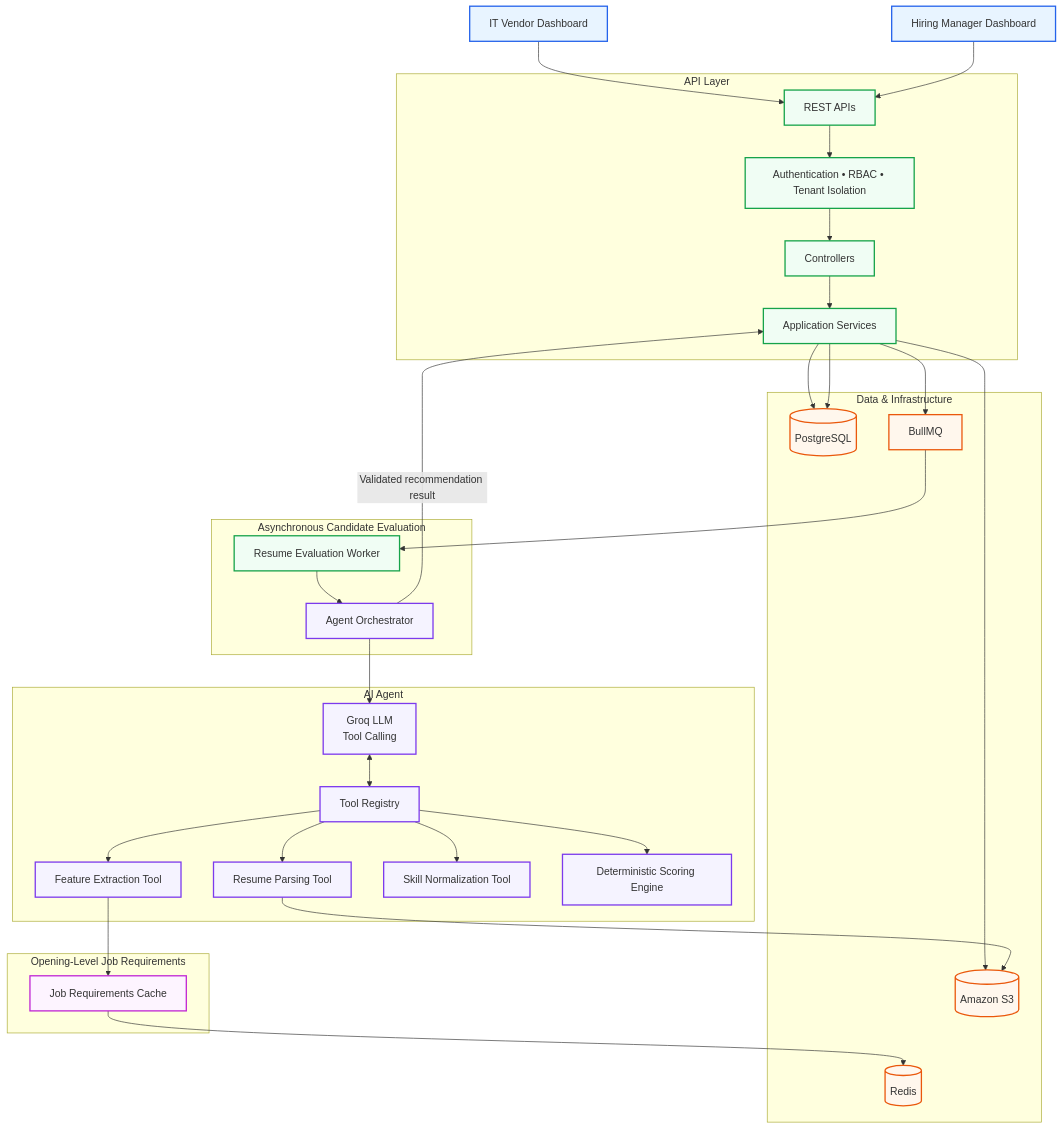
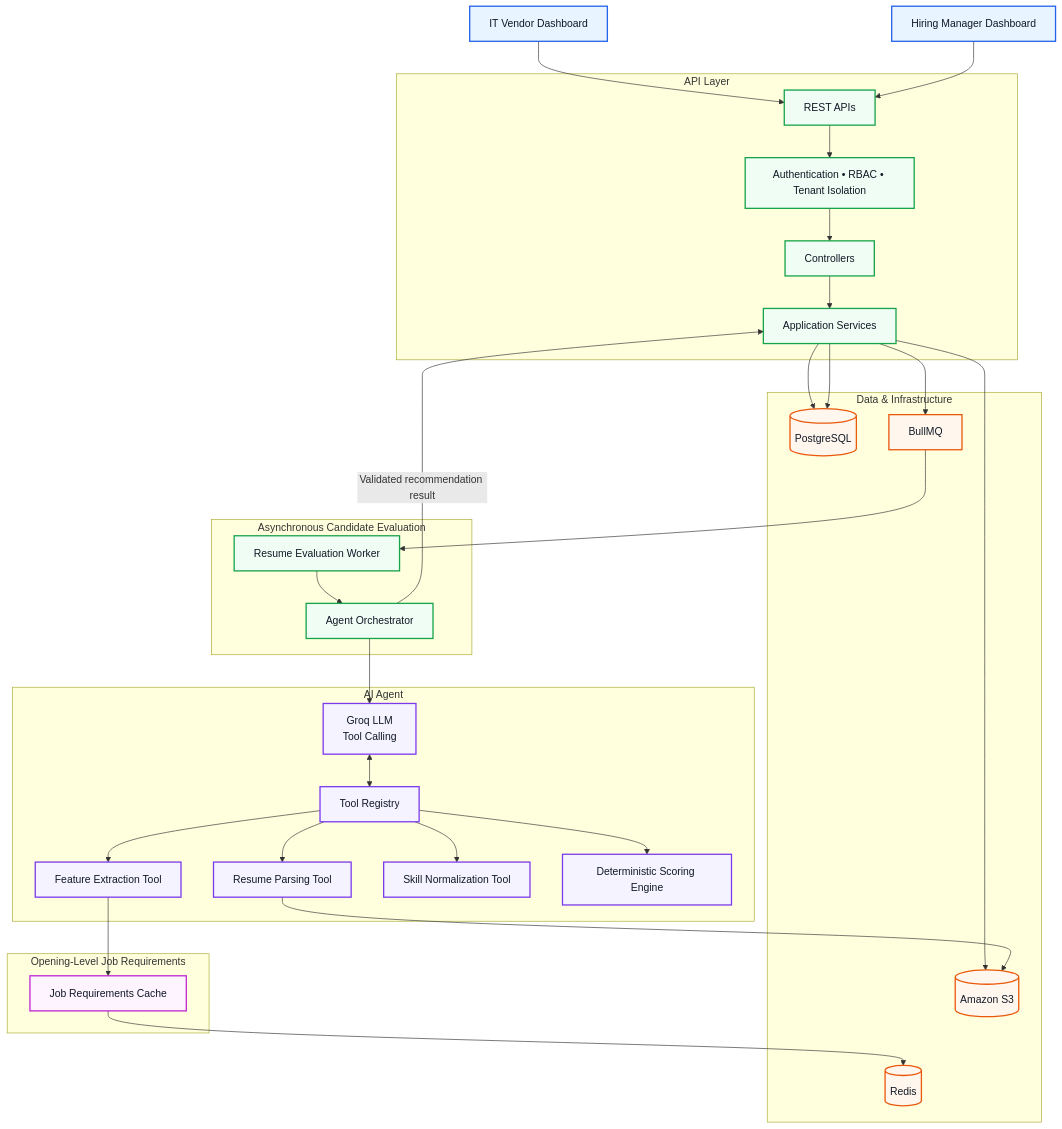
The diagram in README.md (Punith1117/contract-management-platform), drawn with Mermaid before and after one commit.

Commit message:
docs(README): modify mermaid diagram

````diff
--- a/README.md
+++ b/README.md
@@ -14,77 +14,77 @@
 ```mermaid
 flowchart TD
 
     V[IT Vendor Dashboard]
     H[Hiring Manager Dashboard]
 
     V --> API
     H --> API
 
     subgraph API_LAYER["API Layer"]
         API[REST APIs]
         SEC[Authentication • RBAC • Tenant Isolation]
         CTRL[Controllers]
         SVC[Application Services]
     end
 
     API --> SEC --> CTRL --> SVC
 
     subgraph DATA["Data & Infrastructure"]
         DB[(PostgreSQL)]
         S3[(Amazon S3)]
         REDIS[(Redis)]
         QUEUE[BullMQ]
     end
 
     SVC --> DB
     SVC --> S3
     SVC --> QUEUE
 
     subgraph ASYNC["Asynchronous Candidate Evaluation"]
         WORKER[Resume Evaluation Worker]
         ORCH[Agent Orchestrator]
     end
 
     QUEUE --> WORKER --> ORCH
 
     subgraph AGENT["AI Agent"]
         LLM[Groq LLM<br/>Tool Calling]
         REG[Tool Registry]
         RPT[Resume Parsing Tool]
         FET[Feature Extraction Tool]
         SNT[Skill Normalization Tool]
         DSE[Deterministic Scoring Engine]
     end
 
     ORCH --> LLM
     LLM <--> REG
 
     REG --> RPT
     REG --> FET
     REG --> SNT
     REG --> DSE
 
     RPT --> S3
 
     subgraph JOB_CACHE["Opening-Level Job Requirements"]
         JC[Job Requirements Cache]
     end
 
     FET --> JC
     JC --> REDIS
 
     ORCH -->|Validated recommendation result| SVC
     SVC --> DB
 
-    classDef client fill:#e8f4ff,stroke:#2563eb,stroke-width:2px
-    classDef application fill:#f0fdf4,stroke:#16a34a,stroke-width:2px
-    classDef infrastructure fill:#fff7ed,stroke:#ea580c,stroke-width:2px
-    classDef ai fill:#f5f3ff,stroke:#7c3aed,stroke-width:2px
-    classDef cache fill:#fdf4ff,stroke:#c026d3,stroke-width:2px
+    classDef client fill:#e8f4ff,stroke:#2563eb,stroke-width:2px,color:#111827
+    classDef application fill:#f0fdf4,stroke:#16a34a,stroke-width:2px,color:#111827
+    classDef infrastructure fill:#fff7ed,stroke:#ea580c,stroke-width:2px,color:#111827
+    classDef ai fill:#f5f3ff,stroke:#7c3aed,stroke-width:2px,color:#111827
+    classDef cache fill:#fdf4ff,stroke:#c026d3,stroke-width:2px,color:#111827
 
     class V,H client
-    class API,SEC,CTRL,SVC,WORKER application
+    class API,SEC,CTRL,SVC,WORKER,ORCH application
     class DB,S3,REDIS,QUEUE infrastructure
-    class ORCH,LLM,REG,RPT,FET,SNT,DSE ai
+    class LLM,REG,RPT,FET,SNT,DSE ai
     class JC cache
 ```
````
